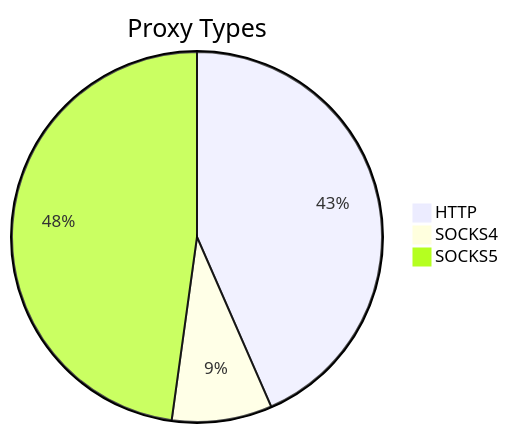
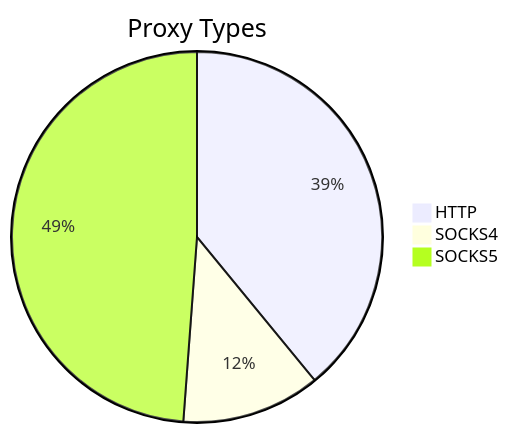
Before and after one commit to stormsia/proxy-list: the first of 2 diagrams in README.md, drawn with Mermaid. The commit also changed other lines of this file, not shown here.

````diff
--- a/README.md
+++ b/README.md
@@ -21,6 +21,6 @@
 ```mermaid
 pie title Proxy Types
-    "HTTP" : 139
-    "SOCKS4" : 28
-    "SOCKS5" : 153
+    "HTTP" : 116
+    "SOCKS4" : 36
+    "SOCKS5" : 145
 ```
````
